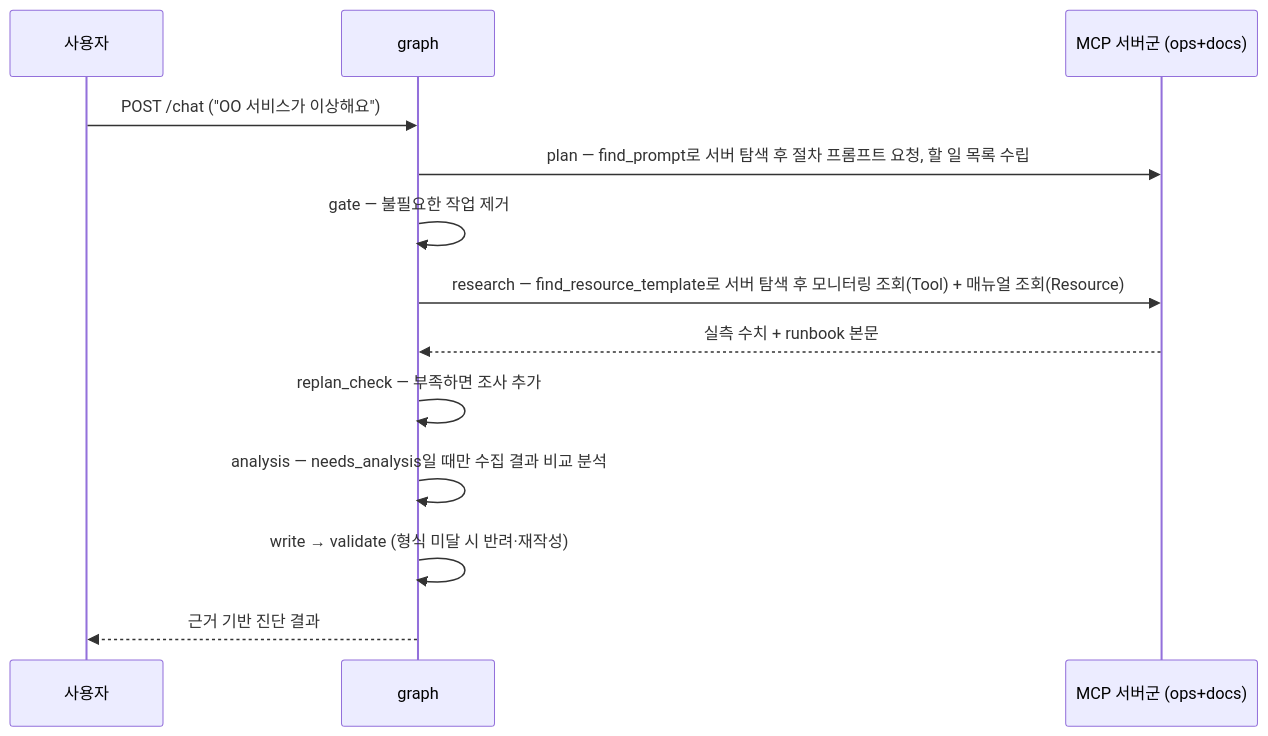
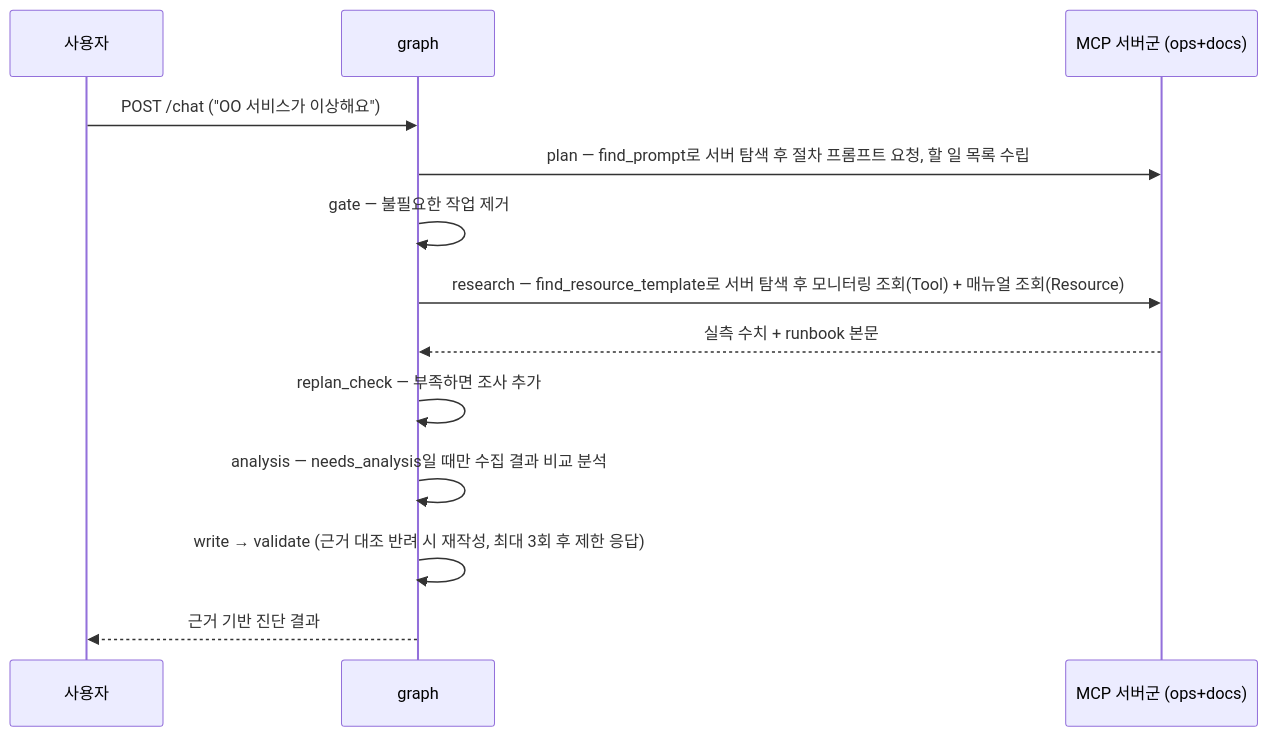
The third of 6 diagrams in doc/README.md (youngminG044/skala-AI-Service), drawn with Mermaid before and after one commit. The commit also changed other lines of this file and 15 other files, not shown here.

````diff
--- a/doc/README.md
+++ b/doc/README.md
@@ -135,16 +136,16 @@
 ```mermaid
 sequenceDiagram
     participant U as 사용자
     participant G as graph
     participant M as MCP 서버군 (ops+docs)
 
     U->>G: POST /chat ("OO 서비스가 이상해요")
     G->>M: plan — find_prompt로 서버 탐색 후 절차 프롬프트 요청, 할 일 목록 수립
     G->>G: gate — 불필요한 작업 제거
     G->>M: research — find_resource_template로 서버 탐색 후 모니터링 조회(Tool) + 매뉴얼 조회(Resource)
     M-->>G: 실측 수치 + runbook 본문
     G->>G: replan_check — 부족하면 조사 추가
     G->>G: analysis — needs_analysis일 때만 수집 결과 비교 분석
-    G->>G: write → validate (형식 미달 시 반려·재작성)
+    G->>G: write → validate (근거 대조 반려 시 재작성, 최대 3회 후 제한 응답)
     G-->>U: 근거 기반 진단 결과
 ```
````
